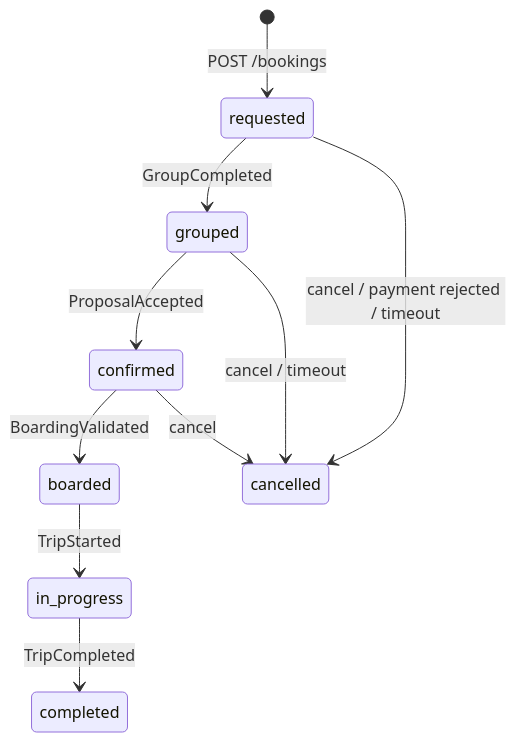
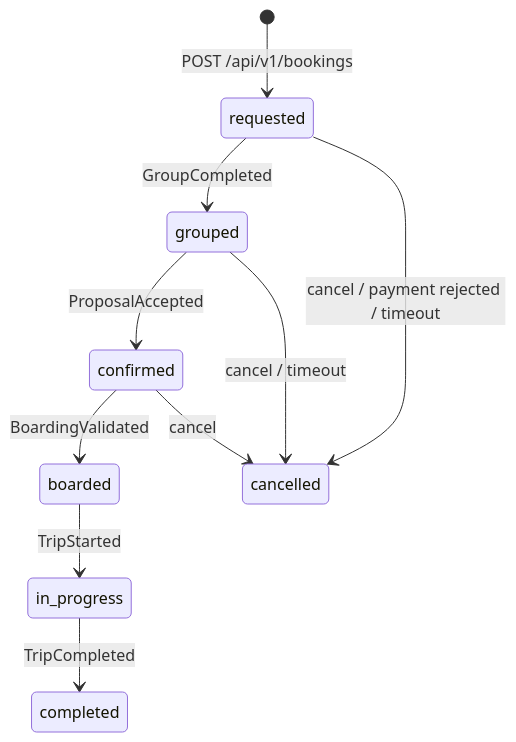
The second of 2 diagrams in README.md (FundaTechPeru/shareway-booking-pricing), drawn with Mermaid before and after one commit. The commit also changed other lines of this file and 14 other files, not shown here.

````diff
--- a/README.md
+++ b/README.md
@@ -188,12 +188,12 @@
 ```mermaid
 stateDiagram-v2
-    [*] --> requested: POST /bookings
+    [*] --> requested: POST /api/v1/bookings
     requested --> grouped: GroupCompleted
     grouped --> confirmed: ProposalAccepted
     confirmed --> boarded: BoardingValidated
     boarded --> in_progress: TripStarted
     in_progress --> completed: TripCompleted
     requested --> cancelled: cancel / payment rejected / timeout
     grouped --> cancelled: cancel / timeout
     confirmed --> cancelled: cancel
 ```
````
